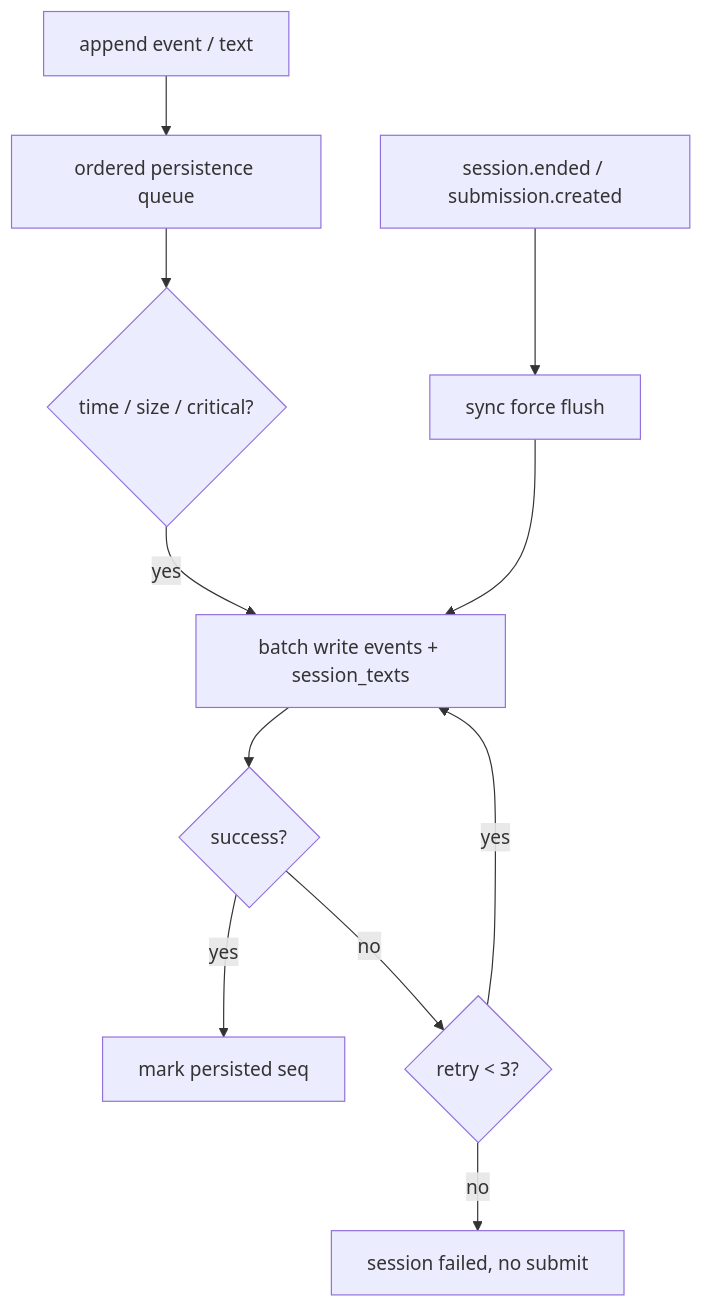
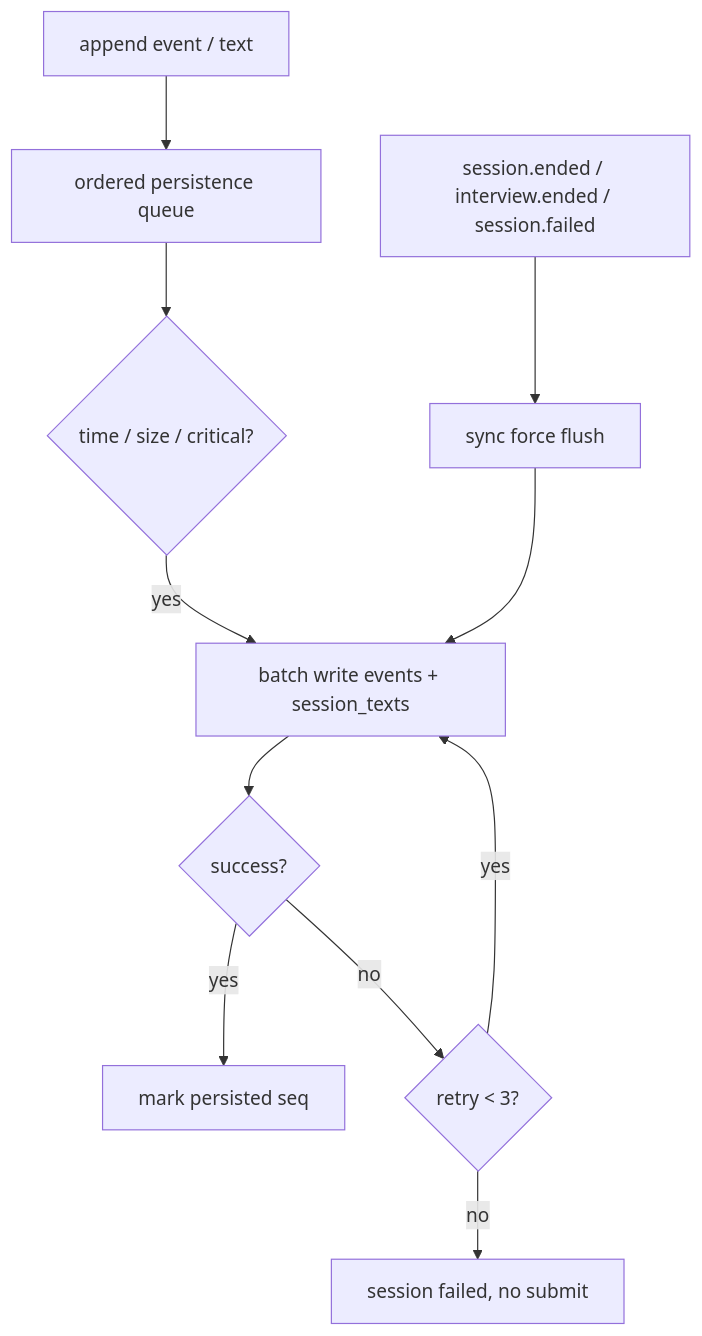
Before and after one commit to Savior-R/reGroupprojectV1: the sixth of 9 diagrams in docs/design/05A-M3-课堂状态机与WebSocket.md, drawn with Mermaid. The commit also changed other lines of this file and 3 other files, not shown here.

````diff
--- a/docs/design/05A-M3-课堂状态机与WebSocket.md
+++ b/docs/design/05A-M3-课堂状态机与WebSocket.md
@@ -833,13 +835,13 @@
 ```mermaid
 flowchart TD
   Append[append event / text] --> Queue[ordered persistence queue]
   Queue --> Trigger{time / size / critical?}
   Trigger -->|yes| Batch[batch write events + session_texts]
   Batch --> Ok{success?}
   Ok -->|yes| Mark[mark persisted seq]
   Ok -->|no| Retry{retry < 3?}
   Retry -->|yes| Batch
   Retry -->|no| Fail[session failed, no submit]
-  Critical[session.ended / submission.created] --> Flush[sync force flush]
+  Critical[session.ended / interview.ended / session.failed] --> Flush[sync force flush]
   Flush --> Batch
 ```
````
